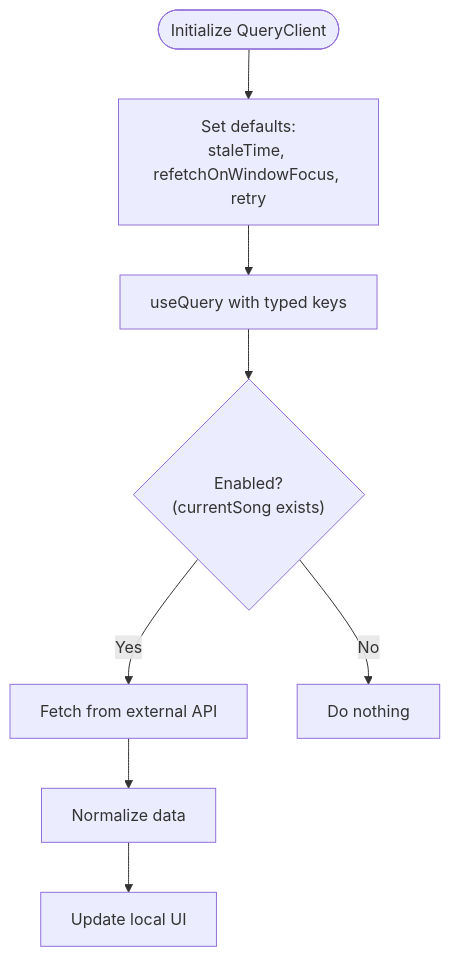
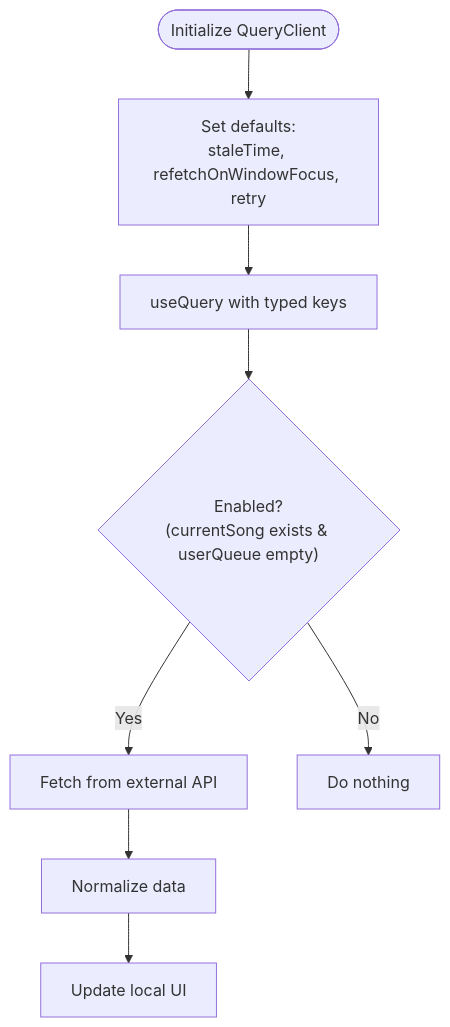
The sixth of 11 diagrams in .qoder/repowiki/en/content/State Management/State Management.md (moindestiny/SonicStream), drawn with Mermaid before and after one commit. The commit also changed other lines of this file and 5 other files, not shown here.

````diff
--- a/.qoder/repowiki/en/content/State Management/State Management.md
+++ b/.qoder/repowiki/en/content/State Management/State Management.md
@@ -235,10 +299,10 @@
 ```mermaid
 flowchart TD
 Start(["Initialize QueryClient"]) --> Defaults["Set defaults:<br/>staleTime, refetchOnWindowFocus, retry"]
 Defaults --> UseQuery["useQuery with typed keys"]
-UseQuery --> Enabled{"Enabled?<br/>(currentSong exists)"}
+UseQuery --> Enabled{"Enabled?<br/>(currentSong exists & userQueue empty)"}
 Enabled --> |Yes| Fetch["Fetch from external API"]
 Enabled --> |No| Wait["Do nothing"]
 Fetch --> Normalize["Normalize data"]
 Normalize --> Update["Update local UI"]
 ```
````
